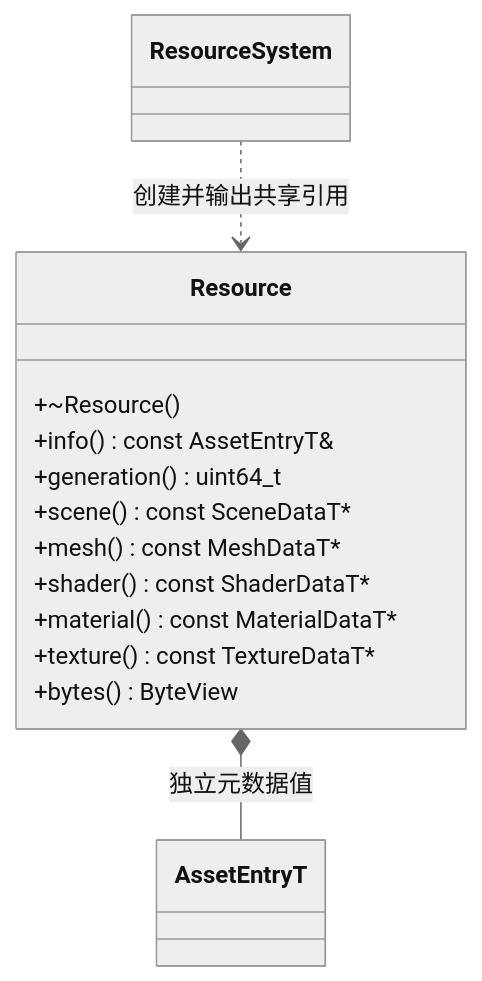
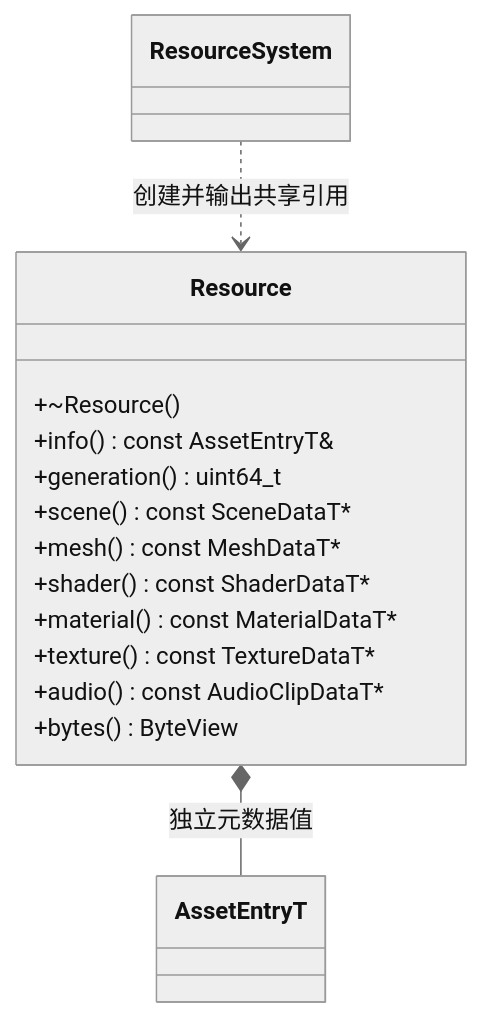
The first of 2 diagrams in docs/runtime/class-diagrams/resource.md (lcals/Engine), drawn with Mermaid (neutral theme) before and after one commit. The commit also changed other lines of this file and 114 other files, not shown here.

````diff
--- a/docs/runtime/class-diagrams/resource.md
+++ b/docs/runtime/class-diagrams/resource.md
@@ -7,18 +7,19 @@
 ```mermaid
 classDiagram
     class Resource {
         +~Resource()
         +info() const AssetEntryT&
         +generation() uint64_t
         +scene() const SceneDataT#42;
         +mesh() const MeshDataT#42;
         +shader() const ShaderDataT#42;
         +material() const MaterialDataT#42;
         +texture() const TextureDataT#42;
+        +audio() const AudioClipDataT#42;
         +bytes() ByteView
     }
     class AssetEntryT
     class ResourceSystem
     Resource *-- AssetEntryT : 独立元数据值
     ResourceSystem ..> Resource : 创建并输出共享引用
 ```
````
